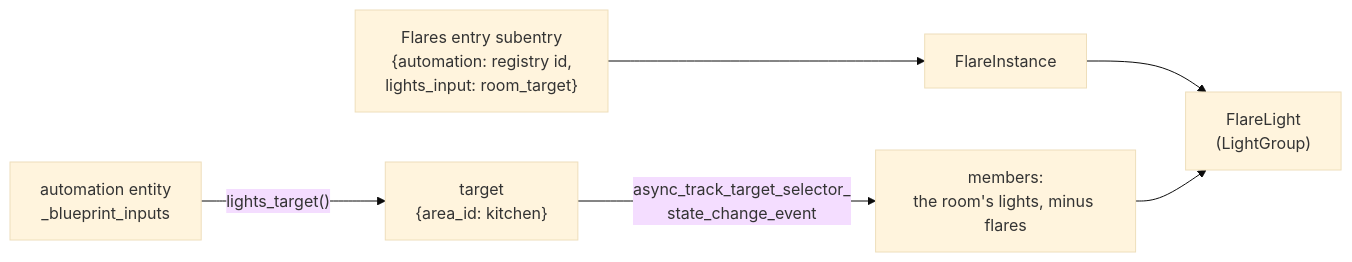
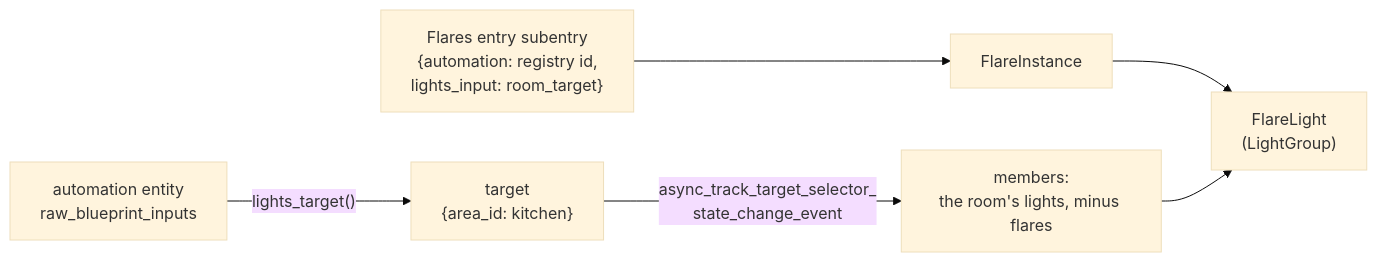
The first of 2 diagrams in docs/architecture/flares.md (danrspencer/flare), drawn with Mermaid (base theme) before and after one commit. The commit also changed other lines of this file and 4 other files, not shown here.

````diff
--- a/docs/architecture/flares.md
+++ b/docs/architecture/flares.md
@@ -29,8 +29,8 @@
 ```mermaid
 flowchart LR
     sub["Flares entry subentry<br/>{automation: registry id,<br/>lights_input: room_target}"] --> inst["FlareInstance"]
     inst --> fl["FlareLight<br/>(LightGroup)"]
-    auto["automation entity<br/>_blueprint_inputs"] -->|"lights_target()"| tgt["target<br/>{area_id: kitchen}"]
+    auto["automation entity<br/>raw_blueprint_inputs"] -->|"lights_target()"| tgt["target<br/>{area_id: kitchen}"]
     tgt -->|"async_track_target_selector_<br/>state_change_event"| mem["members:<br/>the room's lights, minus flares"]
     mem --> fl
 ```
````
